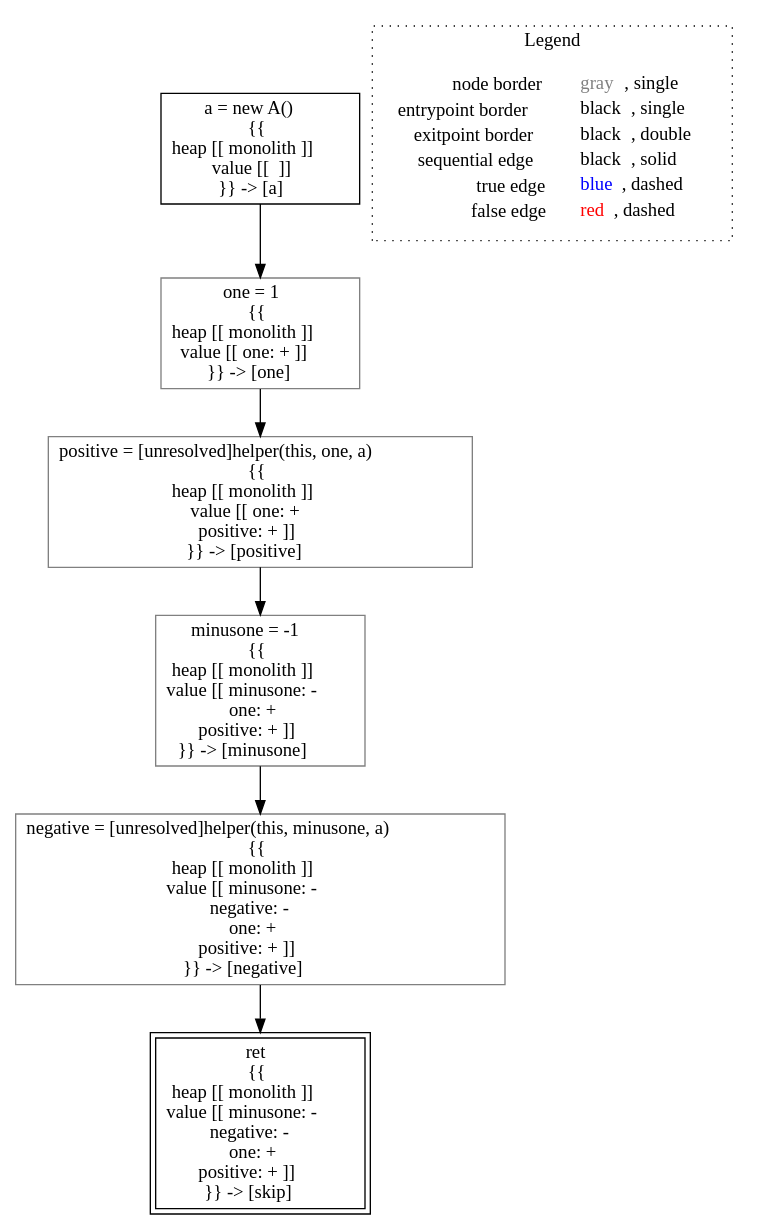
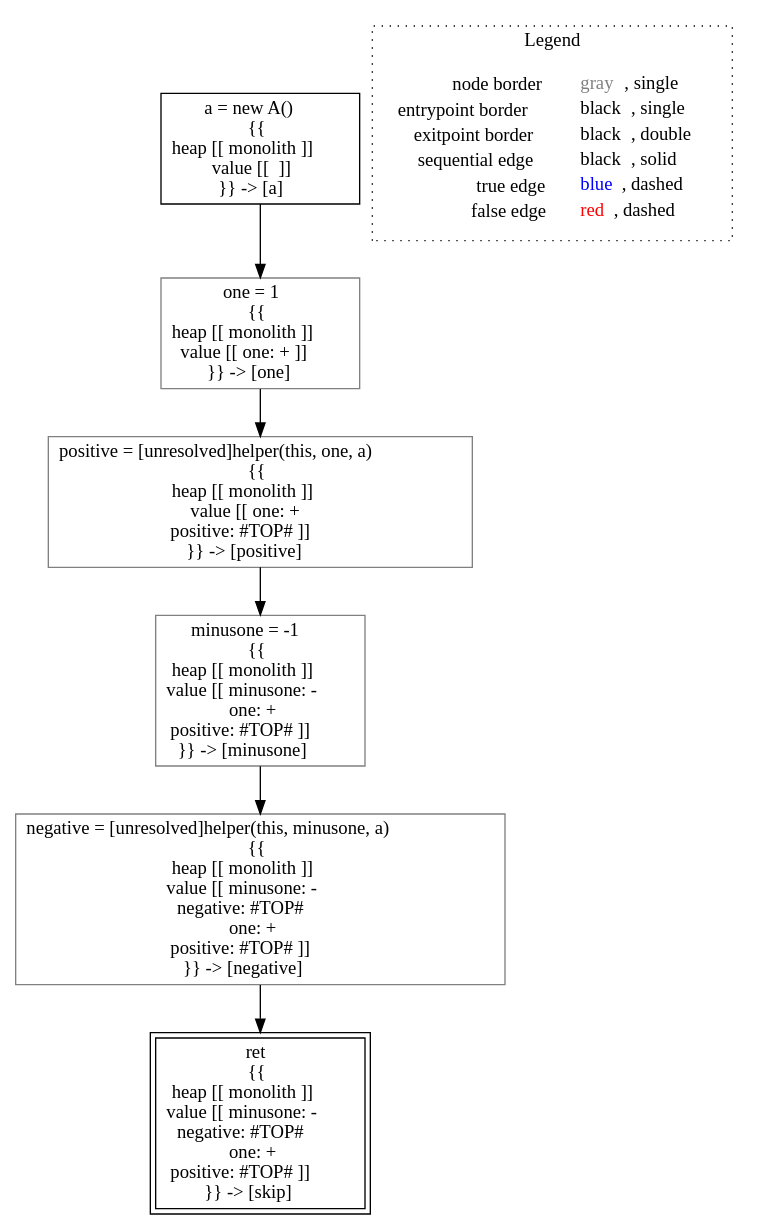
Before and after one commit to lisa-analyzer/lisa: the diagram in lisa/imp-testcases/interprocedural/RTAContextSensitive3/analysis___untyped_tests.main(tests_this).dot, drawn with Graphviz. The commit also changed 12 other files, not shown here.

```diff
--- a/lisa/imp-testcases/interprocedural/RTAContextSensitive3/analysis___untyped_tests.main(tests_this).dot
+++ b/lisa/imp-testcases/interprocedural/RTAContextSensitive3/analysis___untyped_tests.main(tests_this).dot
@@ -1,20 +1,20 @@
 digraph {
 	"node0" [shape="rect",color="black",label=<a = new A()<BR/>{{<BR/>heap [[ monolith ]]<BR/>value [[  ]]<BR/>}} -&gt; [a]>];
-	"node1" [shape="rect",color="gray",label=<one = 1<BR/>{{<BR/>heap [[ monolith ]]<BR/>value [[ one: + ]]<BR/>}} -&gt; [one]>];
-	"node2" [shape="rect",color="black",peripheries="2",label=<ret<BR/>{{<BR/>heap [[ monolith ]]<BR/>value [[ minusone: -<BR/>negative: -<BR/>one: +<BR/>positive: + ]]<BR/>}} -&gt; [skip]>];
-	"node3" [shape="rect",color="gray",label=<negative = [unresolved]helper(this, minusone, a)<BR/>{{<BR/>heap [[ monolith ]]<BR/>value [[ minusone: -<BR/>negative: -<BR/>one: +<BR/>positive: + ]]<BR/>}} -&gt; [negative]>];
-	"node4" [shape="rect",color="gray",label=<minusone = -1<BR/>{{<BR/>heap [[ monolith ]]<BR/>value [[ minusone: -<BR/>one: +<BR/>positive: + ]]<BR/>}} -&gt; [minusone]>];
-	"node5" [shape="rect",color="gray",label=<positive = [unresolved]helper(this, one, a)<BR/>{{<BR/>heap [[ monolith ]]<BR/>value [[ one: +<BR/>positive: + ]]<BR/>}} -&gt; [positive]>];
-	"node0" -> "node1" [color="black"];
-	"node1" -> "node5" [color="black"];
-	"node3" -> "node2" [color="black"];
-	"node4" -> "node3" [color="black"];
-	"node5" -> "node4" [color="black"];
+	"node1" [shape="rect",color="gray",label=<positive = [unresolved]helper(this, one, a)<BR/>{{<BR/>heap [[ monolith ]]<BR/>value [[ one: +<BR/>positive: #TOP# ]]<BR/>}} -&gt; [positive]>];
+	"node2" [shape="rect",color="black",peripheries="2",label=<ret<BR/>{{<BR/>heap [[ monolith ]]<BR/>value [[ minusone: -<BR/>negative: #TOP#<BR/>one: +<BR/>positive: #TOP# ]]<BR/>}} -&gt; [skip]>];
+	"node3" [shape="rect",color="gray",label=<minusone = -1<BR/>{{<BR/>heap [[ monolith ]]<BR/>value [[ minusone: -<BR/>one: +<BR/>positive: #TOP# ]]<BR/>}} -&gt; [minusone]>];
+	"node4" [shape="rect",color="gray",label=<one = 1<BR/>{{<BR/>heap [[ monolith ]]<BR/>value [[ one: + ]]<BR/>}} -&gt; [one]>];
+	"node5" [shape="rect",color="gray",label=<negative = [unresolved]helper(this, minusone, a)<BR/>{{<BR/>heap [[ monolith ]]<BR/>value [[ minusone: -<BR/>negative: #TOP#<BR/>one: +<BR/>positive: #TOP# ]]<BR/>}} -&gt; [negative]>];
+	"node1" -> "node3" [color="black"];
+	"node0" -> "node4" [color="black"];
+	"node3" -> "node5" [color="black"];
+	"node4" -> "node1" [color="black"];
+	"node5" -> "node2" [color="black"];
 subgraph cluster_legend {
 	label="Legend";
 	style=dotted;
 	node [shape=plaintext];
 	"legend" [label=<<table border="0" cellpadding="2" cellspacing="0" cellborder="0"><tr><td align="right">node border&nbsp;</td><td align="left"><font color="gray">gray</font>, single</td></tr><tr><td align="right">entrypoint border&nbsp;</td><td align="left"><font color="black">black</font>, single</td></tr><tr><td align="right">exitpoint border&nbsp;</td><td align="left"><font color="black">black</font>, double</td></tr><tr><td align="right">sequential edge&nbsp;</td><td align="left"><font color="black">black</font>, solid</td></tr><tr><td align="right">true edge&nbsp;</td><td align="left"><font color="blue">blue</font>, dashed</td></tr><tr><td align="right">false edge&nbsp;</td><td align="left"><font color="red">red</font>, dashed</td></tr></table>>];
 }
 
 }
```
